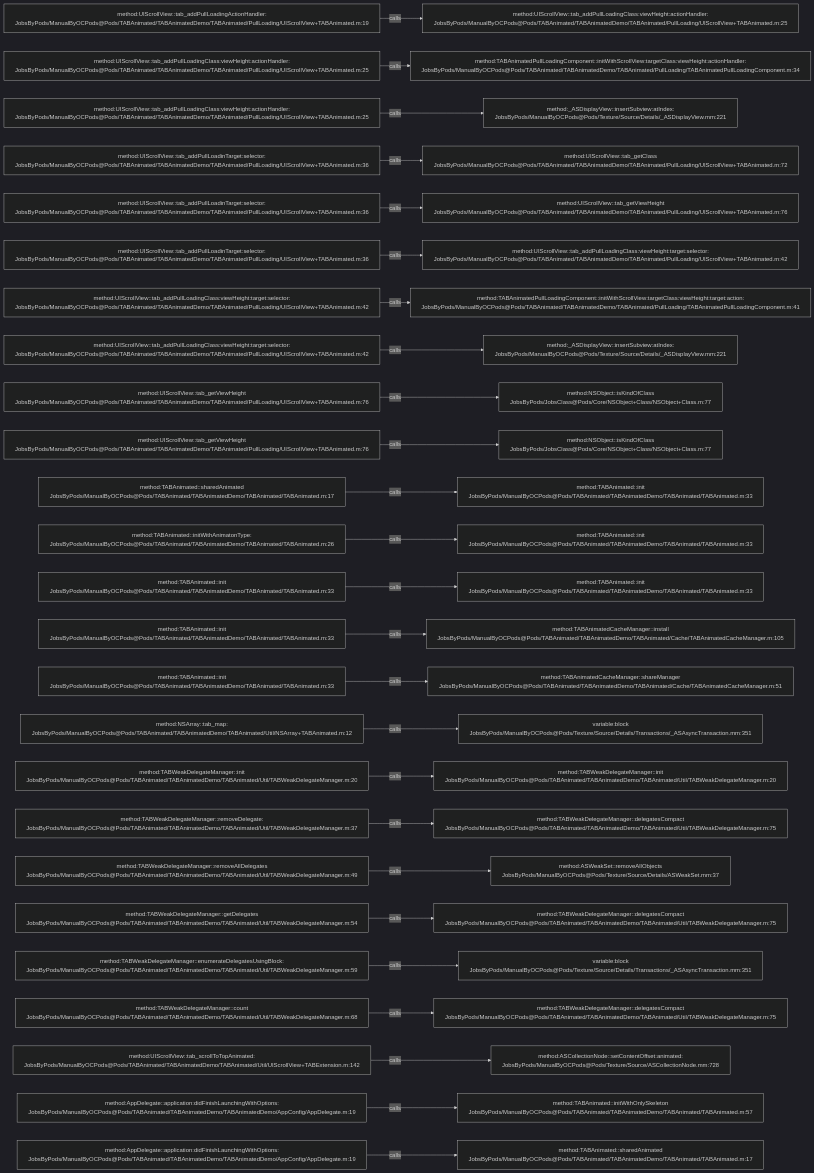
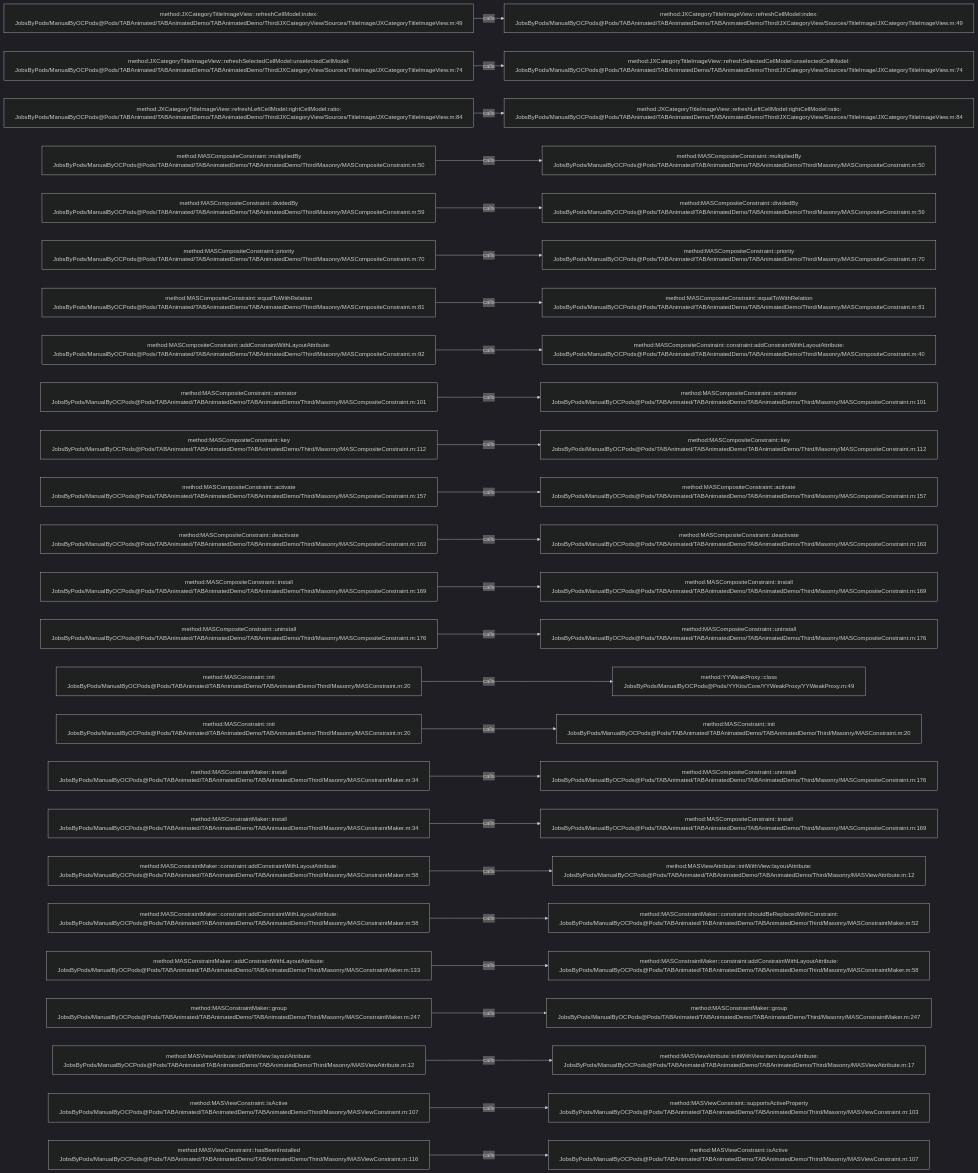
Before and after one commit to JobsKits/JobsOCBaseConfigDemo: the diagram in .codegraph/codegraph.md/graphs/calls-031.md, drawn with Mermaid (dark theme). The commit also changed 2723 other files, not shown here.

````diff
--- a/.codegraph/codegraph.md/graphs/calls-031.md
+++ b/.codegraph/codegraph.md/graphs/calls-031.md
@@ -13,78 +13,78 @@
 ```mermaid
 flowchart LR
-  S1["method:UIScrollView::tab_addPullLoadingActionHandler:<br/>JobsByPods/ManualByOCPods@Pods/TABAnimated/TABAnimatedDemo/TABAnimated/PullLoading/UIScrollView+TABAnimated.m:19"]
-  T1["method:UIScrollView::tab_addPullLoadingClass:viewHeight:actionHandler:<br/>JobsByPods/ManualByOCPods@Pods/TABAnimated/TABAnimatedDemo/TABAnimated/PullLoading/UIScrollView+TABAnimated.m:25"]
+  S1["method:JXCategoryTitleImageView::refreshCellModel:index:<br/>JobsByPods/ManualByOCPods@Pods/TABAnimated/TABAnimatedDemo/TABAnimatedDemo/Third/JXCategoryView/Sources/TitleImage/JXCategoryTitleImageView.m:49"]
+  T1["method:JXCategoryTitleImageView::refreshCellModel:index:<br/>JobsByPods/ManualByOCPods@Pods/TABAnimated/TABAnimatedDemo/TABAnimatedDemo/Third/JXCategoryView/Sources/TitleImage/JXCategoryTitleImageView.m:49"]
   S1 -->|calls| T1
-  S2["method:UIScrollView::tab_addPullLoadingClass:viewHeight:actionHandler:<br/>JobsByPods/ManualByOCPods@Pods/TABAnimated/TABAnimatedDemo/TABAnimated/PullLoading/UIScrollView+TABAnimated.m:25"]
-  T2["method:TABAnimatedPullLoadingComponent::initWithScrollView:targetClass:viewHeight:actionHandler:<br/>JobsByPods/ManualByOCPods@Pods/TABAnimated/TABAnimatedDemo/TABAnimated/PullLoading/TABAnimatedPullLoadingComponent.m:34"]
+  S2["method:JXCategoryTitleImageView::refreshSelectedCellModel:unselectedCellModel:<br/>JobsByPods/ManualByOCPods@Pods/TABAnimated/TABAnimatedDemo/TABAnimatedDemo/Third/JXCategoryView/Sources/TitleImage/JXCategoryTitleImageView.m:74"]
+  T2["method:JXCategoryTitleImageView::refreshSelectedCellModel:unselectedCellModel:<br/>JobsByPods/ManualByOCPods@Pods/TABAnimated/TABAnimatedDemo/TABAnimatedDemo/Third/JXCategoryView/Sources/TitleImage/JXCategoryTitleImageView.m:74"]
   S2 -->|calls| T2
-  S3["method:UIScrollView::tab_addPullLoadingClass:viewHeight:actionHandler:<br/>JobsByPods/ManualByOCPods@Pods/TABAnimated/TABAnimatedDemo/TABAnimated/PullLoading/UIScrollView+TABAnimated.m:25"]
-  T3["method:_ASDisplayView::insertSubview:atIndex:<br/>JobsByPods/ManualByOCPods@Pods/Texture/Source/Details/_ASDisplayView.mm:221"]
+  S3["method:JXCategoryTitleImageView::refreshLeftCellModel:rightCellModel:ratio:<br/>JobsByPods/ManualByOCPods@Pods/TABAnimated/TABAnimatedDemo/TABAnimatedDemo/Third/JXCategoryView/Sources/TitleImage/JXCategoryTitleImageView.m:84"]
+  T3["method:JXCategoryTitleImageView::refreshLeftCellModel:rightCellModel:ratio:<br/>JobsByPods/ManualByOCPods@Pods/TABAnimated/TABAnimatedDemo/TABAnimatedDemo/Third/JXCategoryView/Sources/TitleImage/JXCategoryTitleImageView.m:84"]
   S3 -->|calls| T3
-  S4["method:UIScrollView::tab_addPullLoadinTarget:selector:<br/>JobsByPods/ManualByOCPods@Pods/TABAnimated/TABAnimatedDemo/TABAnimated/PullLoading/UIScrollView+TABAnimated.m:36"]
-  T4["method:UIScrollView::tab_getClass<br/>JobsByPods/ManualByOCPods@Pods/TABAnimated/TABAnimatedDemo/TABAnimated/PullLoading/UIScrollView+TABAnimated.m:72"]
+  S4["method:MASCompositeConstraint::multipliedBy<br/>JobsByPods/ManualByOCPods@Pods/TABAnimated/TABAnimatedDemo/TABAnimatedDemo/Third/Masonry/MASCompositeConstraint.m:50"]
+  T4["method:MASCompositeConstraint::multipliedBy<br/>JobsByPods/ManualByOCPods@Pods/TABAnimated/TABAnimatedDemo/TABAnimatedDemo/Third/Masonry/MASCompositeConstraint.m:50"]
   S4 -->|calls| T4
-  S5["method:UIScrollView::tab_addPullLoadinTarget:selector:<br/>JobsByPods/ManualByOCPods@Pods/TABAnimated/TABAnimatedDemo/TABAnimated/PullLoading/UIScrollView+TABAnimated.m:36"]
-  T5["method:UIScrollView::tab_getViewHeight<br/>JobsByPods/ManualByOCPods@Pods/TABAnimated/TABAnimatedDemo/TABAnimated/PullLoading/UIScrollView+TABAnimated.m:76"]
+  S5["method:MASCompositeConstraint::dividedBy<br/>JobsByPods/ManualByOCPods@Pods/TABAnimated/TABAnimatedDemo/TABAnimatedDemo/Third/Masonry/MASCompositeConstraint.m:59"]
+  T5["method:MASCompositeConstraint::dividedBy<br/>JobsByPods/ManualByOCPods@Pods/TABAnimated/TABAnimatedDemo/TABAnimatedDemo/Third/Masonry/MASCompositeConstraint.m:59"]
   S5 -->|calls| T5
-  S6["method:UIScrollView::tab_addPullLoadinTarget:selector:<br/>JobsByPods/ManualByOCPods@Pods/TABAnimated/TABAnimatedDemo/TABAnimated/PullLoading/UIScrollView+TABAnimated.m:36"]
-  T6["method:UIScrollView::tab_addPullLoadingClass:viewHeight:target:selector:<br/>JobsByPods/ManualByOCPods@Pods/TABAnimated/TABAnimatedDemo/TABAnimated/PullLoading/UIScrollView+TABAnimated.m:42"]
+  S6["method:MASCompositeConstraint::priority<br/>JobsByPods/ManualByOCPods@Pods/TABAnimated/TABAnimatedDemo/TABAnimatedDemo/Third/Masonry/MASCompositeConstraint.m:70"]
+  T6["method:MASCompositeConstraint::priority<br/>JobsByPods/ManualByOCPods@Pods/TABAnimated/TABAnimatedDemo/TABAnimatedDemo/Third/Masonry/MASCompositeConstraint.m:70"]
   S6 -->|calls| T6
-  S7["method:UIScrollView::tab_addPullLoadingClass:viewHeight:target:selector:<br/>JobsByPods/ManualByOCPods@Pods/TABAnimated/TABAnimatedDemo/TABAnimated/PullLoading/UIScrollView+TABAnimated.m:42"]
-  T7["method:TABAnimatedPullLoadingComponent::initWithScrollView:targetClass:viewHeight:target:action:<br/>JobsByPods/ManualByOCPods@Pods/TABAnimated/TABAnimatedDemo/TABAnimated/PullLoading/TABAnimatedPullLoadingComponent.m:41"]
+  S7["method:MASCompositeConstraint::equalToWithRelation<br/>JobsByPods/ManualByOCPods@Pods/TABAnimated/TABAnimatedDemo/TABAnimatedDemo/Third/Masonry/MASCompositeConstraint.m:81"]
+  T7["method:MASCompositeConstraint::equalToWithRelation<br/>JobsByPods/ManualByOCPods@Pods/TABAnimated/TABAnimatedDemo/TABAnimatedDemo/Third/Masonry/MASCompositeConstraint.m:81"]
   S7 -->|calls| T7
-  S8["method:UIScrollView::tab_addPullLoadingClass:viewHeight:target:selector:<br/>JobsByPods/ManualByOCPods@Pods/TABAnimated/TABAnimatedDemo/TABAnimated/PullLoading/UIScrollView+TABAnimated.m:42"]
-  T8["method:_ASDisplayView::insertSubview:atIndex:<br/>JobsByPods/ManualByOCPods@Pods/Texture/Source/Details/_ASDisplayView.mm:221"]
+  S8["method:MASCompositeConstraint::addConstraintWithLayoutAttribute:<br/>JobsByPods/ManualByOCPods@Pods/TABAnimated/TABAnimatedDemo/TABAnimatedDemo/Third/Masonry/MASCompositeConstraint.m:92"]
+  T8["method:MASCompositeConstraint::constraint:addConstraintWithLayoutAttribute:<br/>JobsByPods/ManualByOCPods@Pods/TABAnimated/TABAnimatedDemo/TABAnimatedDemo/Third/Masonry/MASCompositeConstraint.m:40"]
   S8 -->|calls| T8
-  S9["method:UIScrollView::tab_getViewHeight<br/>JobsByPods/ManualByOCPods@Pods/TABAnimated/TABAnimatedDemo/TABAnimated/PullLoading/UIScrollView+TABAnimated.m:76"]
-  T9["method:NSObject::isKindOfClass<br/>JobsByPods/JobsClass@Pods/Core/NSObject+Class/NSObject+Class.m:77"]
+  S9["method:MASCompositeConstraint::animator<br/>JobsByPods/ManualByOCPods@Pods/TABAnimated/TABAnimatedDemo/TABAnimatedDemo/Third/Masonry/MASCompositeConstraint.m:101"]
+  T9["method:MASCompositeConstraint::animator<br/>JobsByPods/ManualByOCPods@Pods/TABAnimated/TABAnimatedDemo/TABAnimatedDemo/Third/Masonry/MASCompositeConstraint.m:101"]
   S9 -->|calls| T9
-  S10["method:UIScrollView::tab_getViewHeight<br/>JobsByPods/ManualByOCPods@Pods/TABAnimated/TABAnimatedDemo/TABAnimated/PullLoading/UIScrollView+TABAnimated.m:76"]
-  T10["method:NSObject::isKindOfClass<br/>JobsByPods/JobsClass@Pods/Core/NSObject+Class/NSObject+Class.m:77"]
+  S10["method:MASCompositeConstraint::key<br/>JobsByPods/ManualByOCPods@Pods/TABAnimated/TABAnimatedDemo/TABAnimatedDemo/Third/Masonry/MASCompositeConstraint.m:112"]
+  T10["method:MASCompositeConstraint::key<br/>JobsByPods/ManualByOCPods@Pods/TABAnimated/TABAnimatedDemo/TABAnimatedDemo/Third/Masonry/MASCompositeConstraint.m:112"]
   S10 -->|calls| T10
-  S11["method:TABAnimated::sharedAnimated<br/>JobsByPods/ManualByOCPods@Pods/TABAnimated/TABAnimatedDemo/TABAnimated/TABAnimated.m:17"]
-  T11["method:TABAnimated::init<br/>JobsByPods/ManualByOCPods@Pods/TABAnimated/TABAnimatedDemo/TABAnimated/TABAnimated.m:33"]
+  S11["method:MASCompositeConstraint::activate<br/>JobsByPods/ManualByOCPods@Pods/TABAnimated/TABAnimatedDemo/TABAnimatedDemo/Third/Masonry/MASCompositeConstraint.m:157"]
+  T11["method:MASCompositeConstraint::activate<br/>JobsByPods/ManualByOCPods@Pods/TABAnimated/TABAnimatedDemo/TABAnimatedDemo/Third/Masonry/MASCompositeConstraint.m:157"]
   S11 -->|calls| T11
-  S12["method:TABAnimated::initWithAnimatonType:<br/>JobsByPods/ManualByOCPods@Pods/TABAnimated/TABAnimatedDemo/TABAnimated/TABAnimated.m:26"]
-  T12["method:TABAnimated::init<br/>JobsByPods/ManualByOCPods@Pods/TABAnimated/TABAnimatedDemo/TABAnimated/TABAnimated.m:33"]
+  S12["method:MASCompositeConstraint::deactivate<br/>JobsByPods/ManualByOCPods@Pods/TABAnimated/TABAnimatedDemo/TABAnimatedDemo/Third/Masonry/MASCompositeConstraint.m:163"]
+  T12["method:MASCompositeConstraint::deactivate<br/>JobsByPods/ManualByOCPods@Pods/TABAnimated/TABAnimatedDemo/TABAnimatedDemo/Third/Masonry/MASCompositeConstraint.m:163"]
   S12 -->|calls| T12
-  S13["method:TABAnimated::init<br/>JobsByPods/ManualByOCPods@Pods/TABAnimated/TABAnimatedDemo/TABAnimated/TABAnimated.m:33"]
-  T13["method:TABAnimated::init<br/>JobsByPods/ManualByOCPods@Pods/TABAnimated/TABAnimatedDemo/TABAnimated/TABAnimated.m:33"]
+  S13["method:MASCompositeConstraint::install<br/>JobsByPods/ManualByOCPods@Pods/TABAnimated/TABAnimatedDemo/TABAnimatedDemo/Third/Masonry/MASCompositeConstraint.m:169"]
+  T13["method:MASCompositeConstraint::install<br/>JobsByPods/ManualByOCPods@Pods/TABAnimated/TABAnimatedDemo/TABAnimatedDemo/Third/Masonry/MASCompositeConstraint.m:169"]
   S13 -->|calls| T13
-  S14["method:TABAnimated::init<br/>JobsByPods/ManualByOCPods@Pods/TABAnimated/TABAnimatedDemo/TABAnimated/TABAnimated.m:33"]
-  T14["method:TABAnimatedCacheManager::install<br/>JobsByPods/ManualByOCPods@Pods/TABAnimated/TABAnimatedDemo/TABAnimated/Cache/TABAnimatedCacheManager.m:105"]
+  S14["method:MASCompositeConstraint::uninstall<br/>JobsByPods/ManualByOCPods@Pods/TABAnimated/TABAnimatedDemo/TABAnimatedDemo/Third/Masonry/MASCompositeConstraint.m:176"]
+  T14["method:MASCompositeConstraint::uninstall<br/>JobsByPods/ManualByOCPods@Pods/TABAnimated/TABAnimatedDemo/TABAnimatedDemo/Third/Masonry/MASCompositeConstraint.m:176"]
   S14 -->|calls| T14
-  S15["method:TABAnimated::init<br/>JobsByPods/ManualByOCPods@Pods/TABAnimated/TABAnimatedDemo/TABAnimated/TABAnimated.m:33"]
-  T15["method:TABAnimatedCacheManager::shareManager<br/>JobsByPods/ManualByOCPods@Pods/TABAnimated/TABAnimatedDemo/TABAnimated/Cache/TABAnimatedCacheManager.m:51"]
+  S15["method:MASConstraint::init<br/>JobsByPods/ManualByOCPods@Pods/TABAnimated/TABAnimatedDemo/TABAnimatedDemo/Third/Masonry/MASConstraint.m:20"]
+  T15["method:YYWeakProxy::class<br/>JobsByPods/ManualByOCPods@Pods/YYKits/Core/YYWeakProxy/YYWeakProxy.m:49"]
   S15 -->|calls| T15
-  S16["method:NSArray::tab_map:<br/>JobsByPods/ManualByOCPods@Pods/TABAnimated/TABAnimatedDemo/TABAnimated/Util/NSArray+TABAnimated.m:12"]
-  T16["variable:block<br/>JobsByPods/ManualByOCPods@Pods/Texture/Source/Details/Transactions/_ASAsyncTransaction.mm:351"]
+  S16["method:MASConstraint::init<br/>JobsByPods/ManualByOCPods@Pods/TABAnimated/TABAnimatedDemo/TABAnimatedDemo/Third/Masonry/MASConstraint.m:20"]
+  T16["method:MASConstraint::init<br/>JobsByPods/ManualByOCPods@Pods/TABAnimated/TABAnimatedDemo/TABAnimatedDemo/Third/Masonry/MASConstraint.m:20"]
   S16 -->|calls| T16
-  S17["method:TABWeakDelegateManager::init<br/>JobsByPods/ManualByOCPods@Pods/TABAnimated/TABAnimatedDemo/TABAnimated/Util/TABWeakDelegateManager.m:20"]
-  T17["method:TABWeakDelegateManager::init<br/>JobsByPods/ManualByOCPods@Pods/TABAnimated/TABAnimatedDemo/TABAnimated/Util/TABWeakDelegateManager.m:20"]
+  S17["method:MASConstraintMaker::install<br/>JobsByPods/ManualByOCPods@Pods/TABAnimated/TABAnimatedDemo/TABAnimatedDemo/Third/Masonry/MASConstraintMaker.m:34"]
+  T17["method:MASCompositeConstraint::uninstall<br/>JobsByPods/ManualByOCPods@Pods/TABAnimated/TABAnimatedDemo/TABAnimatedDemo/Third/Masonry/MASCompositeConstraint.m:176"]
   S17 -->|calls| T17
-  S18["method:TABWeakDelegateManager::removeDelegate:<br/>JobsByPods/ManualByOCPods@Pods/TABAnimated/TABAnimatedDemo/TABAnimated/Util/TABWeakDelegateManager.m:37"]
-  T18["method:TABWeakDelegateManager::delegatesCompact<br/>JobsByPods/ManualByOCPods@Pods/TABAnimated/TABAnimatedDemo/TABAnimated/Util/TABWeakDelegateManager.m:75"]
+  S18["method:MASConstraintMaker::install<br/>JobsByPods/ManualByOCPods@Pods/TABAnimated/TABAnimatedDemo/TABAnimatedDemo/Third/Masonry/MASConstraintMaker.m:34"]
+  T18["method:MASCompositeConstraint::install<br/>JobsByPods/ManualByOCPods@Pods/TABAnimated/TABAnimatedDemo/TABAnimatedDemo/Third/Masonry/MASCompositeConstraint.m:169"]
   S18 -->|calls| T18
-  S19["method:TABWeakDelegateManager::removeAllDelegates<br/>JobsByPods/ManualByOCPods@Pods/TABAnimated/TABAnimatedDemo/TABAnimated/Util/TABWeakDelegateManager.m:49"]
-  T19["method:ASWeakSet::removeAllObjects<br/>JobsByPods/ManualByOCPods@Pods/Texture/Source/Details/ASWeakSet.mm:37"]
+  S19["method:MASConstraintMaker::constraint:addConstraintWithLayoutAttribute:<br/>JobsByPods/ManualByOCPods@Pods/TABAnimated/TABAnimatedDemo/TABAnimatedDemo/Third/Masonry/MASConstraintMaker.m:58"]
+  T19["method:MASViewAttribute::initWithView:layoutAttribute:<br/>JobsByPods/ManualByOCPods@Pods/TABAnimated/TABAnimatedDemo/TABAnimatedDemo/Third/Masonry/MASViewAttribute.m:12"]
   S19 -->|calls| T19
-  S20["method:TABWeakDelegateManager::getDelegates<br/>JobsByPods/ManualByOCPods@Pods/TABAnimated/TABAnimatedDemo/TABAnimated/Util/TABWeakDelegateManager.m:54"]
-  T20["method:TABWeakDelegateManager::delegatesCompact<br/>JobsByPods/ManualByOCPods@Pods/TABAnimated/TABAnimatedDemo/TABAnimated/Util/TABWeakDelegateManager.m:75"]
+  S20["method:MASConstraintMaker::constraint:addConstraintWithLayoutAttribute:<br/>JobsByPods/ManualByOCPods@Pods/TABAnimated/TABAnimatedDemo/TABAnimatedDemo/Third/Masonry/MASConstraintMaker.m:58"]
+  T20["method:MASConstraintMaker::constraint:shouldBeReplacedWithConstraint:<br/>JobsByPods/ManualByOCPods@Pods/TABAnimated/TABAnimatedDemo/TABAnimatedDemo/Third/Masonry/MASConstraintMaker.m:52"]
   S20 -->|calls| T20
-  S21["method:TABWeakDelegateManager::enumerateDelegatesUsingBlock:<br/>JobsByPods/ManualByOCPods@Pods/TABAnimated/TABAnimatedDemo/TABAnimated/Util/TABWeakDelegateManager.m:59"]
-  T21["variable:block<br/>JobsByPods/ManualByOCPods@Pods/Texture/Source/Details/Transactions/_ASAsyncTransaction.mm:351"]
+  S21["method:MASConstraintMaker::addConstraintWithLayoutAttribute:<br/>JobsByPods/ManualByOCPods@Pods/TABAnimated/TABAnimatedDemo/TABAnimatedDemo/Third/Masonry/MASConstraintMaker.m:133"]
+  T21["method:MASConstraintMaker::constraint:addConstraintWithLayoutAttribute:<br/>JobsByPods/ManualByOCPods@Pods/TABAnimated/TABAnimatedDemo/TABAnimatedDemo/Third/Masonry/MASConstraintMaker.m:58"]
   S21 -->|calls| T21
-  S22["method:TABWeakDelegateManager::count<br/>JobsByPods/ManualByOCPods@Pods/TABAnimated/TABAnimatedDemo/TABAnimated/Util/TABWeakDelegateManager.m:68"]
-  T22["method:TABWeakDelegateManager::delegatesCompact<br/>JobsByPods/ManualByOCPods@Pods/TABAnimated/TABAnimatedDemo/TABAnimated/Util/TABWeakDelegateManager.m:75"]
+  S22["method:MASConstraintMaker::group<br/>JobsByPods/ManualByOCPods@Pods/TABAnimated/TABAnimatedDemo/TABAnimatedDemo/Third/Masonry/MASConstraintMaker.m:247"]
+  T22["method:MASConstraintMaker::group<br/>JobsByPods/ManualByOCPods@Pods/TABAnimated/TABAnimatedDemo/TABAnimatedDemo/Third/Masonry/MASConstraintMaker.m:247"]
   S22 -->|calls| T22
-  S23["method:UIScrollView::tab_scrollToTopAnimated:<br/>JobsByPods/ManualByOCPods@Pods/TABAnimated/TABAnimatedDemo/TABAnimated/Util/UIScrollView+TABExtension.m:142"]
-  T23["method:ASCollectionNode::setContentOffset:animated:<br/>JobsByPods/ManualByOCPods@Pods/Texture/Source/ASCollectionNode.mm:728"]
+  S23["method:MASViewAttribute::initWithView:layoutAttribute:<br/>JobsByPods/ManualByOCPods@Pods/TABAnimated/TABAnimatedDemo/TABAnimatedDemo/Third/Masonry/MASViewAttribute.m:12"]
+  T23["method:MASViewAttribute::initWithView:item:layoutAttribute:<br/>JobsByPods/ManualByOCPods@Pods/TABAnimated/TABAnimatedDemo/TABAnimatedDemo/Third/Masonry/MASViewAttribute.m:17"]
   S23 -->|calls| T23
-  S24["method:AppDelegate::application:didFinishLaunchingWithOptions:<br/>JobsByPods/ManualByOCPods@Pods/TABAnimated/TABAnimatedDemo/TABAnimatedDemo/AppConfig/AppDelegate.m:19"]
-  T24["method:TABAnimated::initWithOnlySkeleton<br/>JobsByPods/ManualByOCPods@Pods/TABAnimated/TABAnimatedDemo/TABAnimated/TABAnimated.m:57"]
+  S24["method:MASViewConstraint::isActive<br/>JobsByPods/ManualByOCPods@Pods/TABAnimated/TABAnimatedDemo/TABAnimatedDemo/Third/Masonry/MASViewConstraint.m:107"]
+  T24["method:MASViewConstraint::supportsActiveProperty<br/>JobsByPods/ManualByOCPods@Pods/TABAnimated/TABAnimatedDemo/TABAnimatedDemo/Third/Masonry/MASViewConstraint.m:103"]
   S24 -->|calls| T24
-  S25["method:AppDelegate::application:didFinishLaunchingWithOptions:<br/>JobsByPods/ManualByOCPods@Pods/TABAnimated/TABAnimatedDemo/TABAnimatedDemo/AppConfig/AppDelegate.m:19"]
-  T25["method:TABAnimated::sharedAnimated<br/>JobsByPods/ManualByOCPods@Pods/TABAnimated/TABAnimatedDemo/TABAnimated/TABAnimated.m:17"]
+  S25["method:MASViewConstraint::hasBeenInstalled<br/>JobsByPods/ManualByOCPods@Pods/TABAnimated/TABAnimatedDemo/TABAnimatedDemo/Third/Masonry/MASViewConstraint.m:116"]
+  T25["method:MASViewConstraint::isActive<br/>JobsByPods/ManualByOCPods@Pods/TABAnimated/TABAnimatedDemo/TABAnimatedDemo/Third/Masonry/MASViewConstraint.m:107"]
   S25 -->|calls| T25
 ```
````
